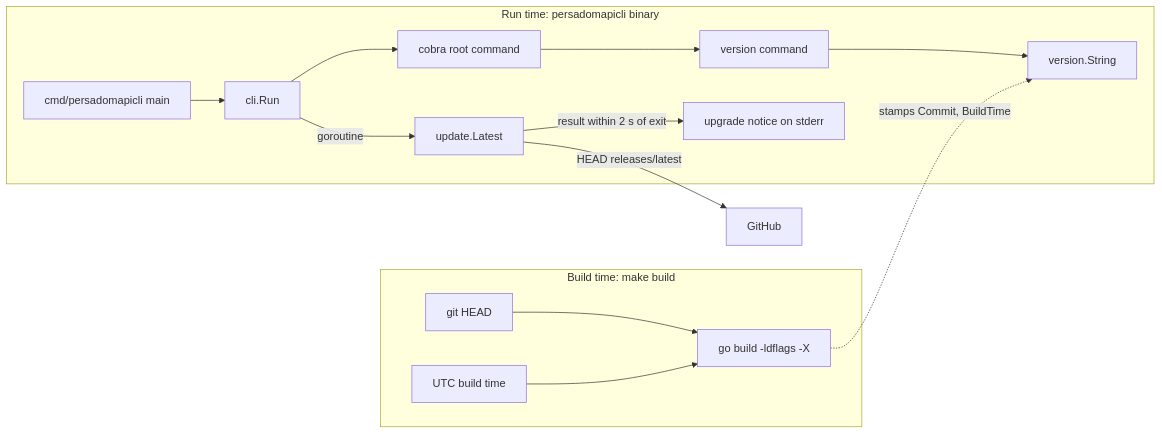
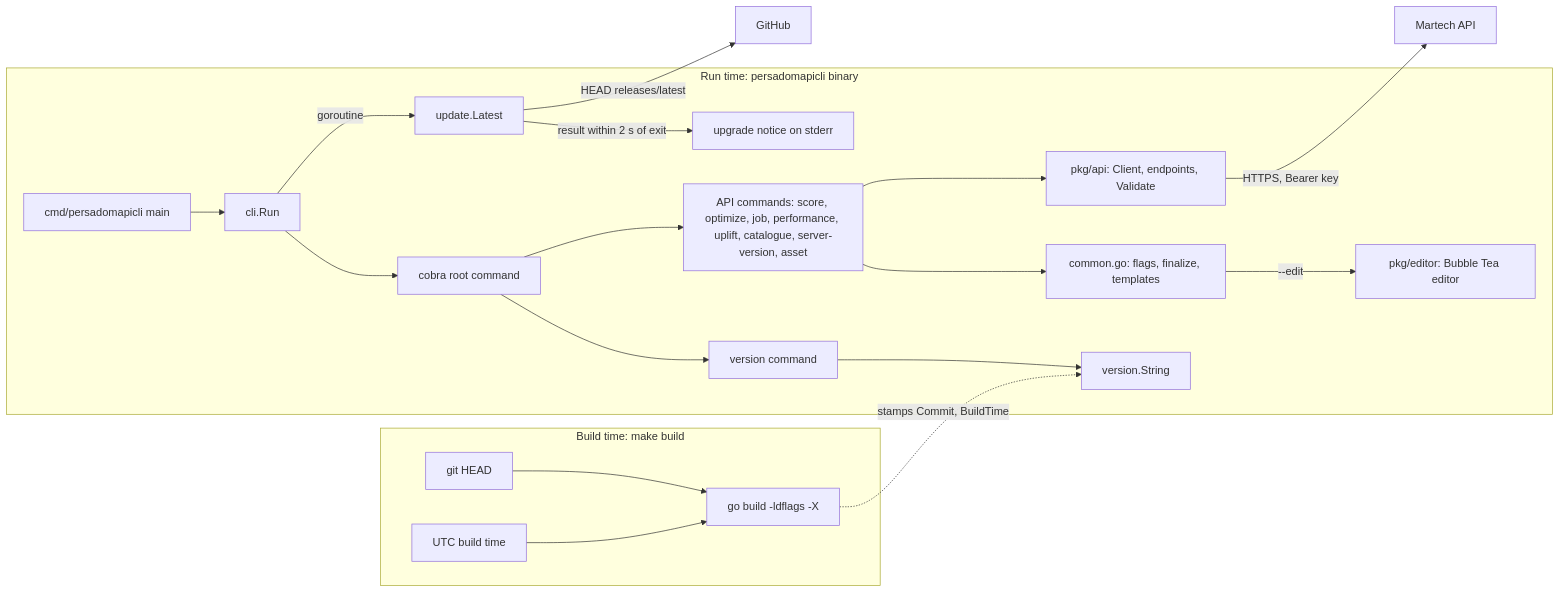
The diagram in doc/diagrams/architecture.mmd (persado/martechapi-cli), drawn with Mermaid before and after one commit. The commit also changed 10 other files, not shown here.

First line of the commit message:
Document the API commands; add review lessons as AGENTS.md rules 11-16

```diff
--- a/doc/diagrams/architecture.mmd
+++ b/doc/diagrams/architecture.mmd
@@ -1,15 +1,20 @@
 flowchart LR
     subgraph build["Build time: make build"]
         git["git HEAD"] --> ldflags["go build -ldflags -X"]
         clock["UTC build time"] --> ldflags
     end
     subgraph run["Run time: persadomapicli binary"]
         main["cmd/persadomapicli main"] --> runfn["cli.Run"]
         runfn --> root["cobra root command"]
         root --> vcmd["version command"]
         vcmd --> vpkg["version.String"]
+        root --> cmds["API commands: score, optimize, job, performance, uplift, catalogue, server-version, asset"]
+        cmds --> common["common.go: flags, finalize, templates"]
+        common -- "--edit" --> ed["pkg/editor: Bubble Tea editor"]
+        cmds --> apic["pkg/api: Client, endpoints, Validate"]
         runfn -- "goroutine" --> latest["update.Latest"]
         latest -- "result within 2 s of exit" --> notice["upgrade notice on stderr"]
     end
     ldflags -. "stamps Commit, BuildTime" .-> vpkg
     latest -- "HEAD releases/latest" --> gh["GitHub"]
+    apic -- "HTTPS, Bearer key" --> mapi["Martech API"]
```
